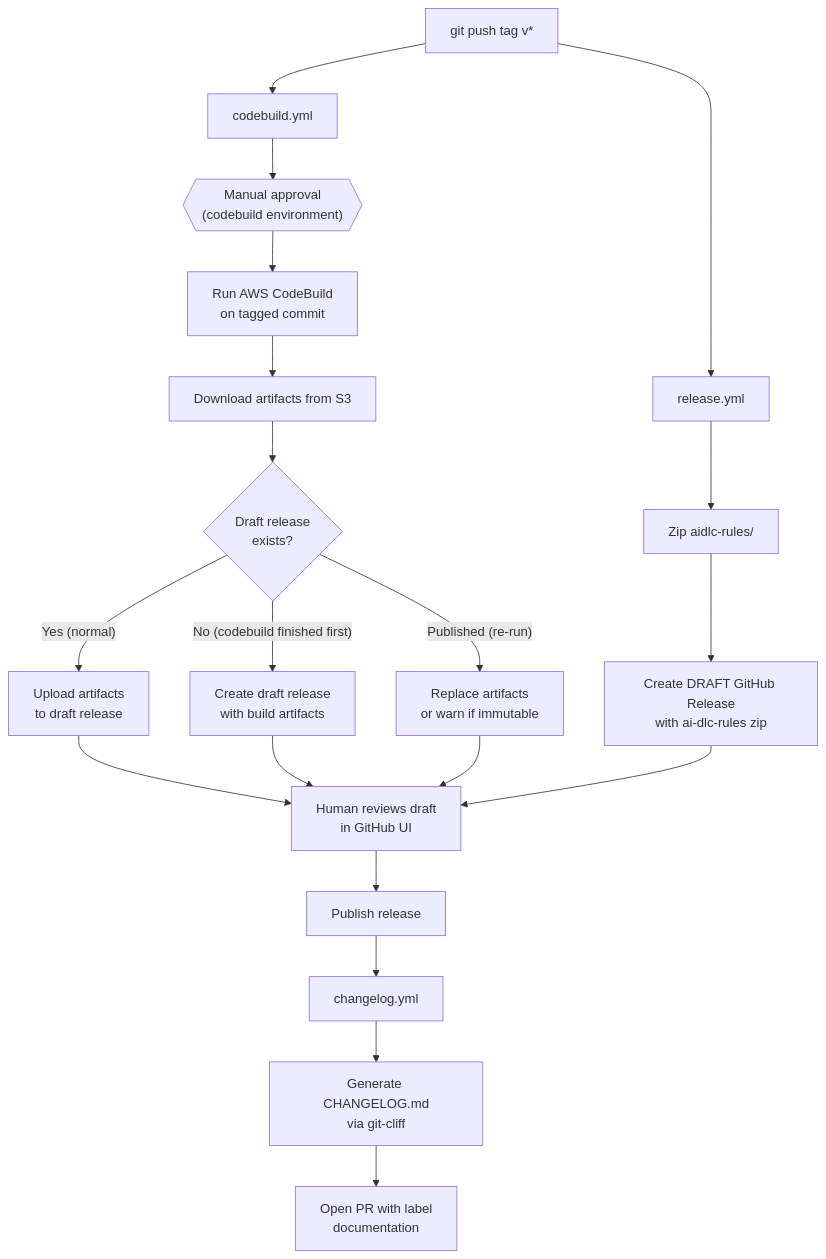
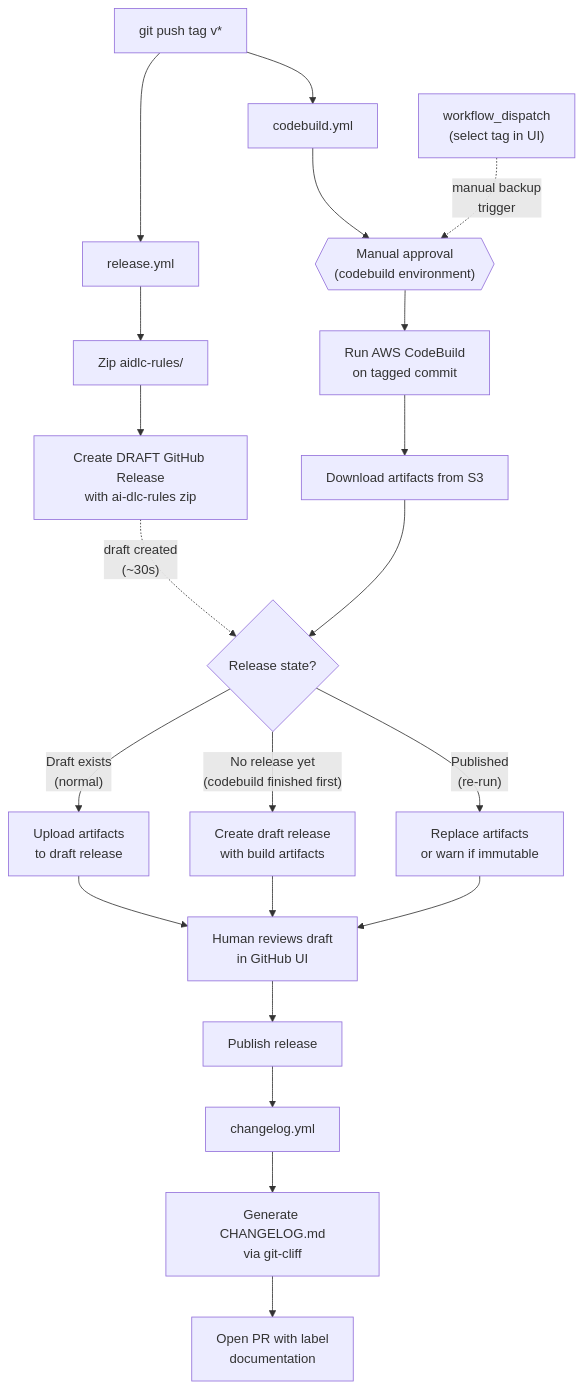
One commit to scottschreckengaust/aidlc-workflows changed the first of 2 diagrams in docs/ADMINISTRATIVE_GUIDE.md. Above: the diagram before and after it, drawn with Mermaid. The commit also changed other lines of this file, not shown here.

First line of the commit message:
feat: add workflow_dispatch tag input and mermaid diagrams

````diff
--- a/docs/ADMINISTRATIVE_GUIDE.md
+++ b/docs/ADMINISTRATIVE_GUIDE.md
@@ -68,26 +68,30 @@
 ```mermaid
 flowchart TD
     A["git push tag v*"] --> B["release.yml"]
     A --> C["codebuild.yml"]
 
     B --> D["Zip aidlc-rules/"]
     D --> E["Create DRAFT GitHub Release\nwith ai-dlc-rules zip"]
 
     C --> F{{"Manual approval\n(codebuild environment)"}}
     F --> G["Run AWS CodeBuild\non tagged commit"]
     G --> H["Download artifacts from S3"]
-    H --> I{"Draft release\nexists?"}
-    I -- "Yes (normal)" --> J["Upload artifacts\nto draft release"]
-    I -- "No (codebuild finished first)" --> K["Create draft release\nwith build artifacts"]
-    I -- "Published (re-run)" --> L["Replace artifacts\nor warn if immutable"]
+
+    E -.->|"draft created\n(~30s)"| I{"Release state?"}
+    H --> I
+
+    I -- "Draft exists\n(normal)" --> J["Upload artifacts\nto draft release"]
+    I -- "No release yet\n(codebuild finished first)" --> K["Create draft release\nwith build artifacts"]
+    I -- "Published\n(re-run)" --> L["Replace artifacts\nor warn if immutable"]
 
     J --> M["Human reviews draft\nin GitHub UI"]
     K --> M
     L --> M
-    E --> M
 
     M --> N["Publish release"]
     N --> O["changelog.yml"]
     O --> P["Generate CHANGELOG.md\nvia git-cliff"]
     P --> Q["Open PR with label\ndocumentation"]
+
+    R["workflow_dispatch\n(select tag in UI)"] -.->|"manual backup\ntrigger"| F
 ```
````
